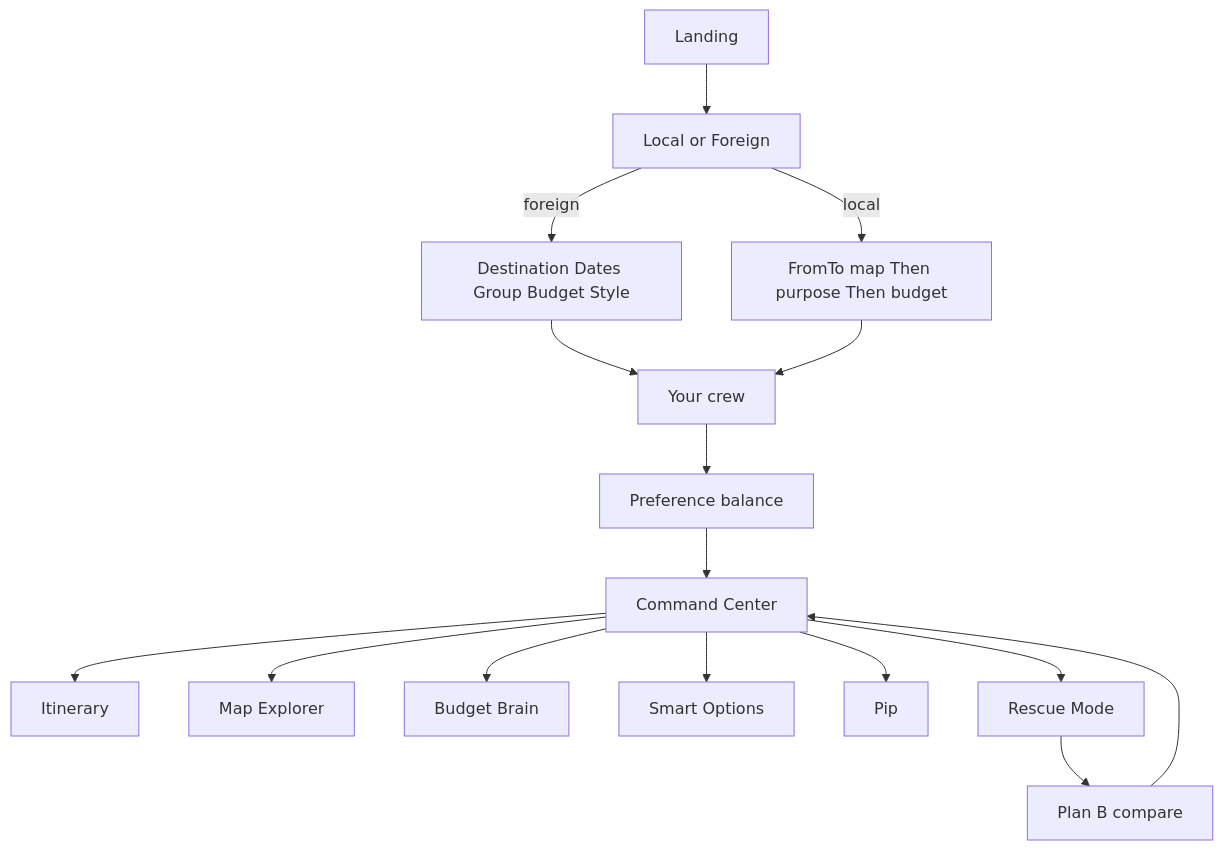
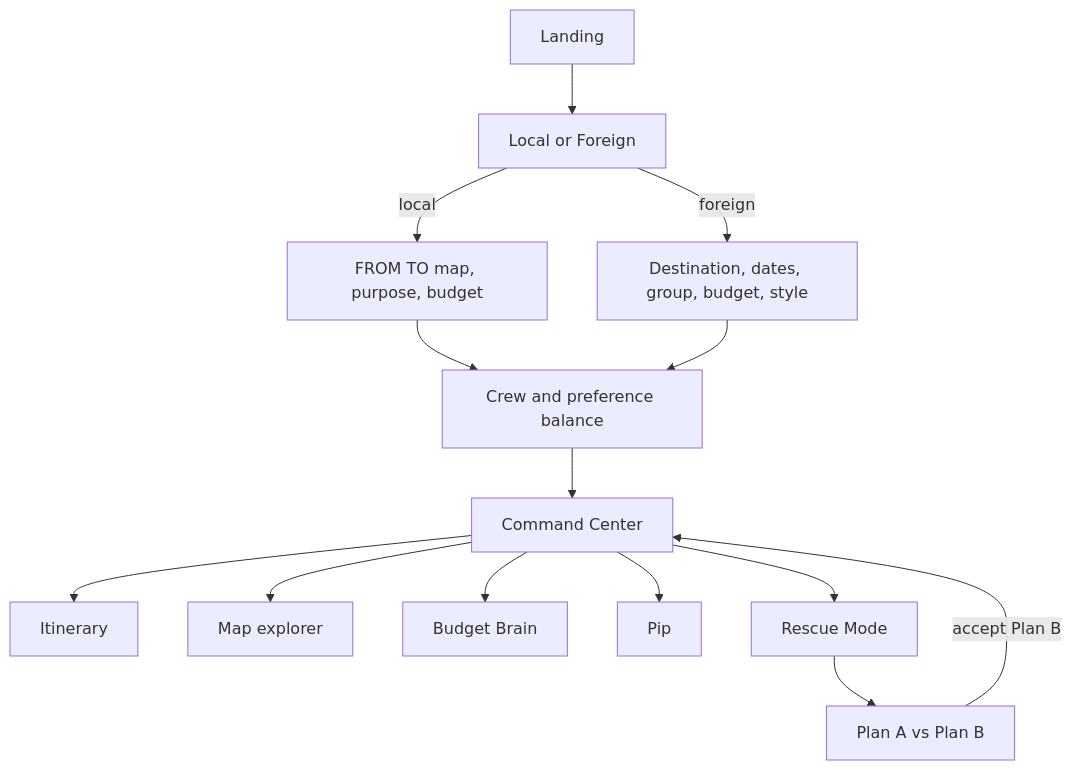
The second of 3 diagrams in README.md (SuYeeMyatMoe/EscapeSync_TravelPlanner), drawn with Mermaid before and after one commit. The commit also changed other lines of this file and 5 other files, not shown here.

````diff
--- a/README.md
+++ b/README.md
@@ -319,18 +117,16 @@
 ```mermaid
 flowchart TD
   landing[Landing] --> typeStep[Local or Foreign]
-  typeStep -->|foreign| foreignWiz[Destination Dates Group Budget Style]
-  typeStep -->|local| localWiz[FromTo map Then purpose Then budget]
-  foreignWiz --> crew[Your crew]
-  localWiz --> crew
-  crew --> balance[Preference balance]
-  balance --> command[Command Center]
+  typeStep -->|local| localWiz[FROM TO map, purpose, budget]
+  typeStep -->|foreign| foreignWiz[Destination, dates, group, budget, style]
+  localWiz --> crew[Crew and preference balance]
+  foreignWiz --> crew
+  crew --> command[Command Center]
   command --> itinerary[Itinerary]
-  command --> map[Map Explorer]
+  command --> map[Map explorer]
   command --> budget[Budget Brain]
-  command --> recs[Smart Options]
   command --> pip[Pip]
   command --> rescue[Rescue Mode]
-  rescue --> planB[Plan B compare]
-  planB --> command
+  rescue --> planB[Plan A vs Plan B]
+  planB -->|accept Plan B| command
 ```
````
